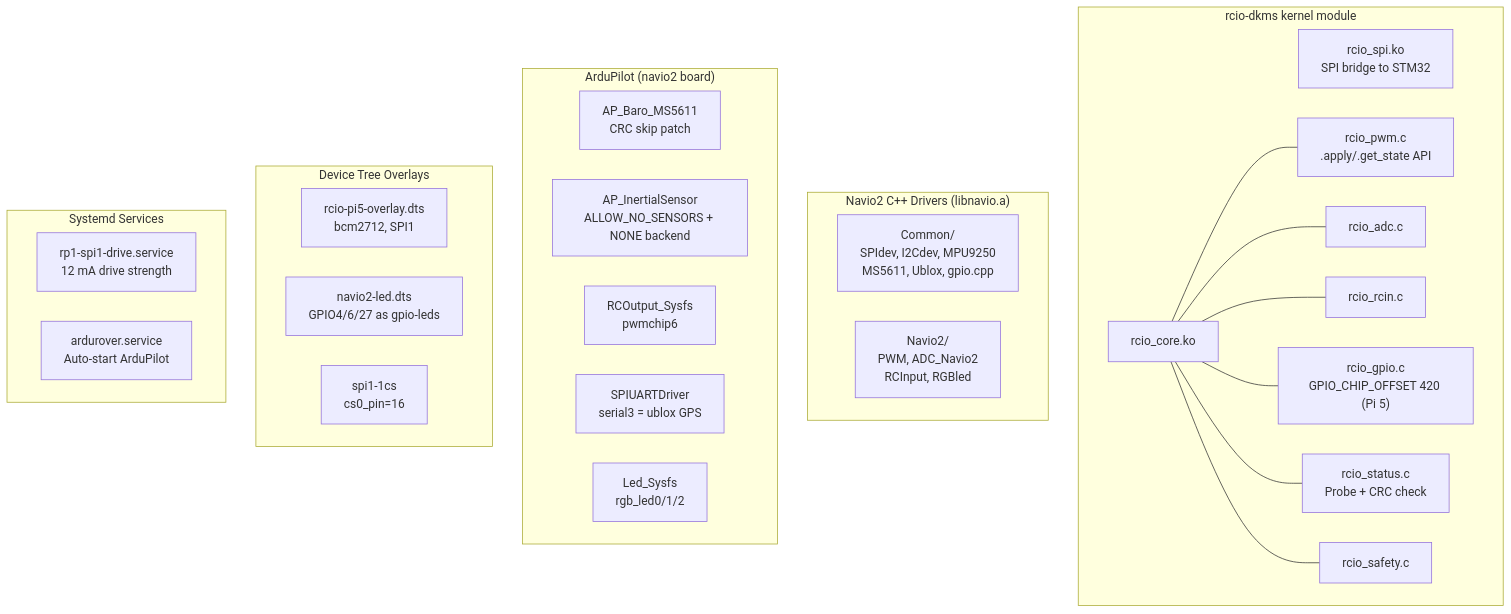
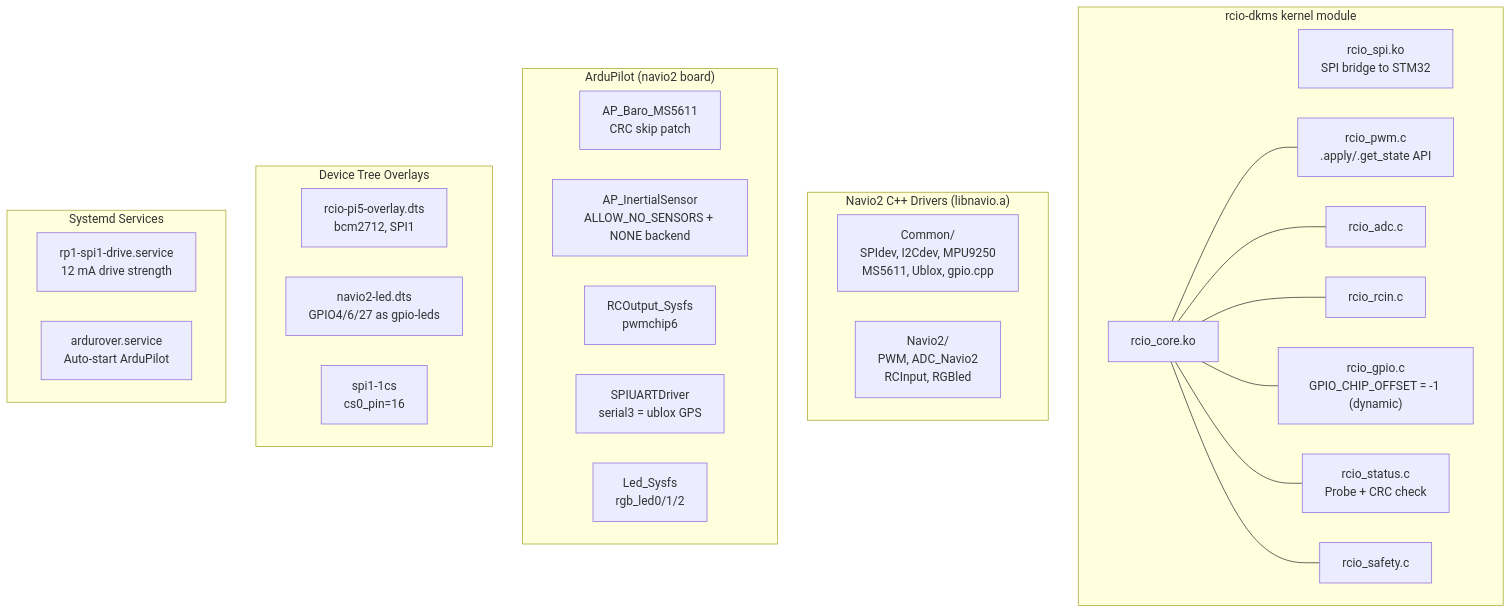
One commit to axonbf/navio2-rpi5-ardupilot changed the fourth of 4 diagrams in docs/TECHNICAL_ARCHITECTURE.md. Above: the diagram before and after it, drawn with Mermaid. The commit also changed other lines of this file and 25 other files, not shown here.

First line of the commit message:
Update docs: dynamic GPIO base + module_param CS delays

````diff
--- a/docs/TECHNICAL_ARCHITECTURE.md
+++ b/docs/TECHNICAL_ARCHITECTURE.md
@@ -172,44 +172,44 @@
 ```mermaid
 %%{init: {"flowchart": {"nodeSpacing": 40, "rankSpacing": 55, "htmlLabels": true}}}%%
 flowchart TB
     subgraph RCIO["rcio-dkms kernel module"]
         RC1["rcio_spi.ko<br/>SPI bridge to STM32"]
         RC2["rcio_core.ko"]
         RC3["rcio_pwm.c<br/>.apply/.get_state API"]
         RC4["rcio_adc.c"]
         RC5["rcio_rcin.c"]
-        RC6["rcio_gpio.c<br/>GPIO_CHIP_OFFSET 420 (Pi 5)"]
+        RC6["rcio_gpio.c<br/>GPIO_CHIP_OFFSET = -1 (dynamic)"]
         RC7["rcio_status.c<br/>Probe + CRC check"]
         RC8["rcio_safety.c"]
         RC2 --- RC3
         RC2 --- RC4
         RC2 --- RC5
         RC2 --- RC6
         RC2 --- RC7
         RC2 --- RC8
     end
 
     subgraph DRV["Navio2 C++ Drivers (libnavio.a)"]
         D1["Common/<br/>SPIdev, I2Cdev, MPU9250<br/>MS5611, Ublox, gpio.cpp"]
         D2["Navio2/<br/>PWM, ADC_Navio2<br/>RCInput, RGBled"]
     end
 
     subgraph ARDU["ArduPilot (navio2 board)"]
         AR1["AP_Baro_MS5611<br/>CRC skip patch"]
         AR2["AP_InertialSensor<br/>ALLOW_NO_SENSORS + NONE backend"]
         AR3["RCOutput_Sysfs<br/>pwmchip6"]
         AR4["SPIUARTDriver<br/>serial3 = ublox GPS"]
         AR5["Led_Sysfs<br/>rgb_led0/1/2"]
     end
 
     subgraph DT["Device Tree Overlays"]
         T1["rcio-pi5-overlay.dts<br/>bcm2712, SPI1"]
         T2["navio2-led.dts<br/>GPIO4/6/27 as gpio-leds"]
         T3["spi1-1cs<br/>cs0_pin=16"]
     end
 
     subgraph SVC["Systemd Services"]
         SV1["rp1-spi1-drive.service<br/>12 mA drive strength"]
         SV2["ardurover.service<br/>Auto-start ArduPilot"]
     end
 ```
````
